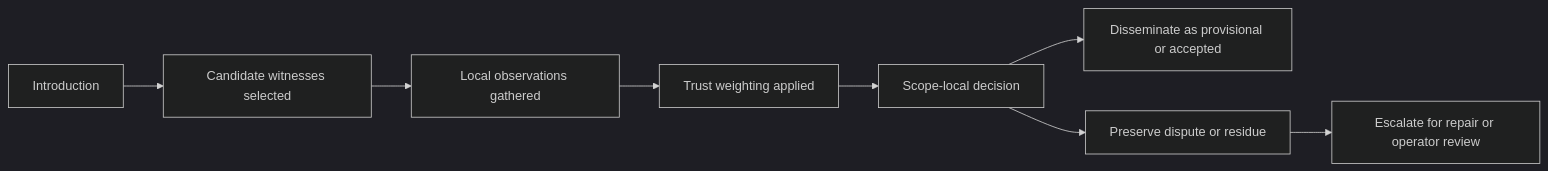
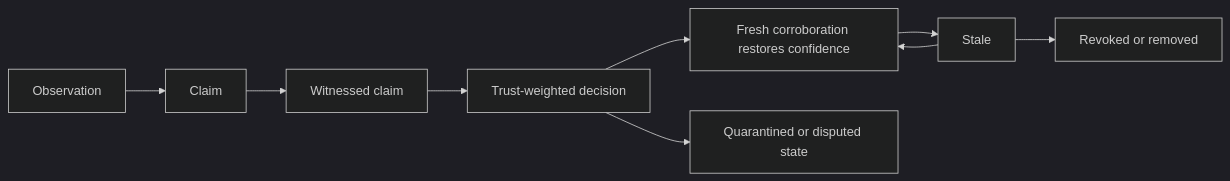
The second of 7 diagrams in docs/DIAGRAMS.md (henry-filgueiras/schedspec), drawn with Mermaid (dark theme) before and after one commit. The commit also changed other lines of this file and 6 other files, not shown here.

````diff
--- a/docs/DIAGRAMS.md
+++ b/docs/DIAGRAMS.md
@@ -62,10 +49,11 @@
 ```mermaid
 flowchart LR
-    A["Introduction"] --> B["Candidate witnesses selected"]
-    B --> C["Local observations gathered"]
-    C --> D["Trust weighting applied"]
-    D --> E["Scope-local decision"]
-    E --> F["Disseminate as provisional or accepted"]
-    E --> G["Preserve dispute or residue"]
-    G --> H["Escalate for repair or operator review"]
+    O["Observation"] --> C["Claim"]
+    C --> W["Witnessed claim"]
+    W --> D["Trust-weighted decision"]
+    D --> A["Accepted fact in scope"]
+    D --> Q["Quarantined or disputed state"]
+    A --> S["Stale"]
+    S --> A["Fresh corroboration restores confidence"]
+    S --> R["Revoked or removed"]
 ```
````
